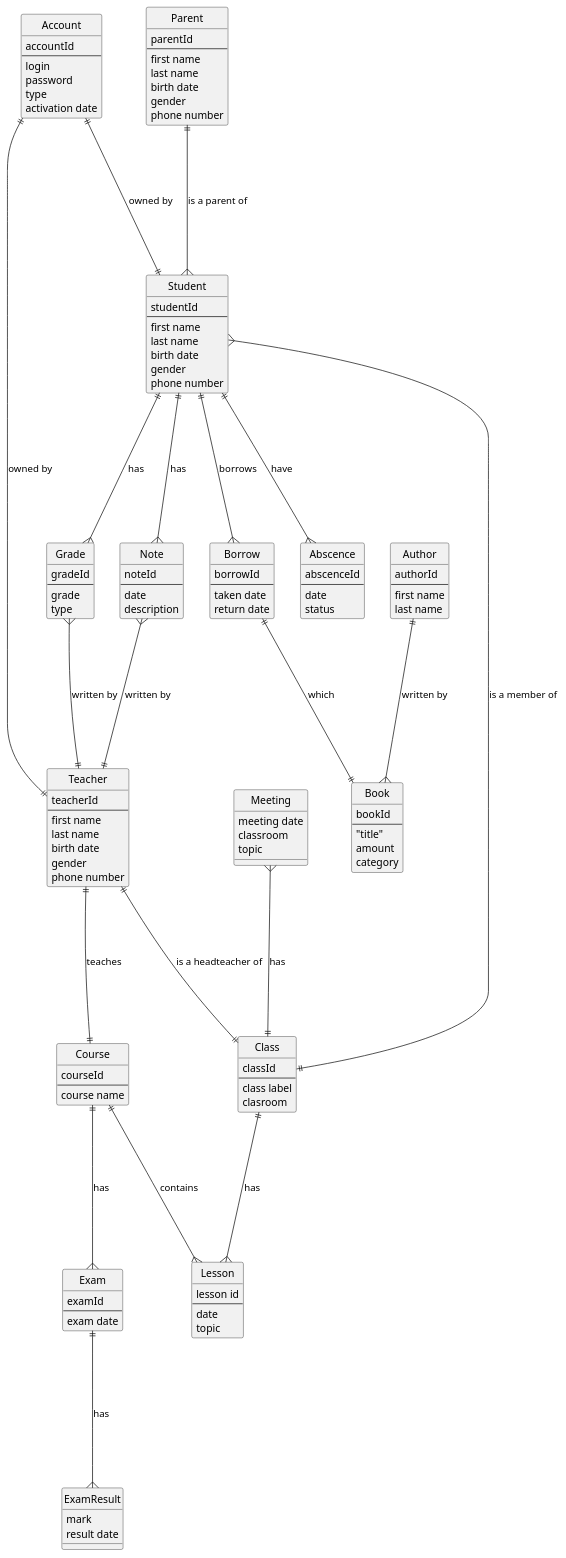
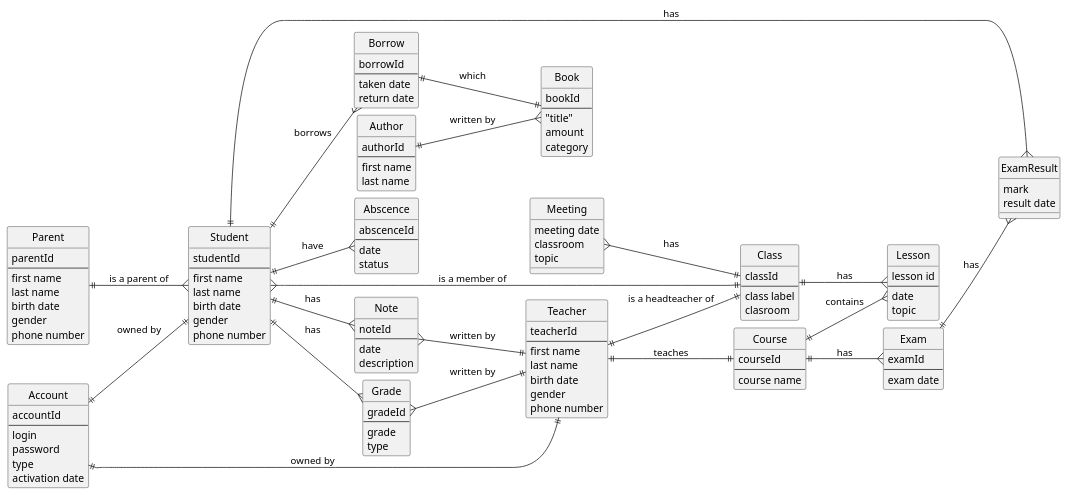
One commit to kploskonka/Highschool-Database-System changed the diagram in erd.plantuml. Above: the diagram before and after it, drawn with PlantUML. The commit also changed 4 other files, not shown here.

```diff
--- a/erd.plantuml
+++ b/erd.plantuml
@@ -1,129 +1,133 @@
 @startuml
 hide circle
+left to right direction
+skinparam nodesep 10
+skinparam ranksep 15
 entity "Account" as ac {
     accountId
     --
     login
     password
     type
     activation date
 }
 entity "Student" as stu {
     studentId
     --
     first name
     last name 
     birth date
     gender
     phone number
 }
 entity "Teacher" as tea {
     teacherId
     --
     first name
     last name 
     birth date
     gender
     phone number
 }
 entity "Parent" as par {
     parentId
     --
     first name
     last name 
     birth date
     gender
     phone number
 }
 entity "Abscence" as abs{
     abscenceId
     --
     date
     status
 }
 entity "Borrow" as bo{
     borrowId
     --
     taken date
     return date
 }
 entity "Book" as book{
     bookId
     --
     "title"
     amount
     category
 }
 entity "Author" as au{
     authorId
     --
     first name
     last name
 }
 entity "Course" as co{
     courseId
     --
     course name
 }
 entity "Lesson" as le{
     lesson id
     --
     date
     topic
 }
 entity "Class" as cl{
     classId 
     --
     class label
     clasroom
 }
 entity "Exam" as ex{
     examId
     --
     exam date
 }
 entity "ExamResult" as exR{
     mark
     result date
 }
 entity "Meeting" as me{
     meeting date
     classroom 
     topic 
 }
 entity "Note" as no{
     noteId
     --
     date 
     description
 }
 entity "Grade" as gr{
     gradeId
     --
     grade
     type
 }
  ' zero to one |o--
  ' exactly one ||--
  ' zero or many }o--
  ' one or many }|--
 stu }----|| cl : "is a member of"
 stu ||----{ no: "has"
 no }----|| tea: "written by"
 stu ||----{ gr : "has"
 gr }----|| tea: "written by"
 stu ||----{ bo : "borrows"
 bo ||----|| book : "which"
 au ||----{ book : "written by"
 ac ||----|| stu : "owned by"
 ac ||----|| tea : "owned by"
 par ||----{ stu : "is a parent of"
 stu ||----{ abs : "have"
 tea ||----|| co : "teaches"
 tea ||----|| cl : "is a headteacher of"
 co ||----{ le : "contains"
 co ||----{ ex : "has"
 ex ||----{ exR : "has"
 me }----|| cl : "has"
 cl ||----{ le: "has"
+stu ||-----{ exR: "has"
 @enduml
```
